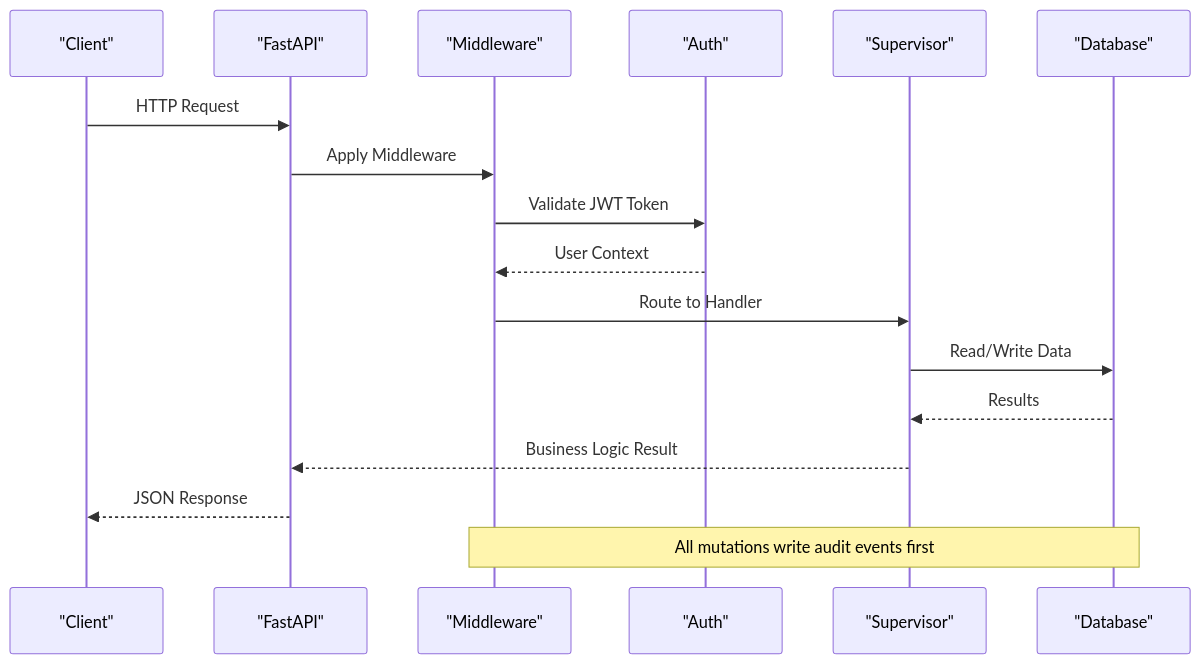
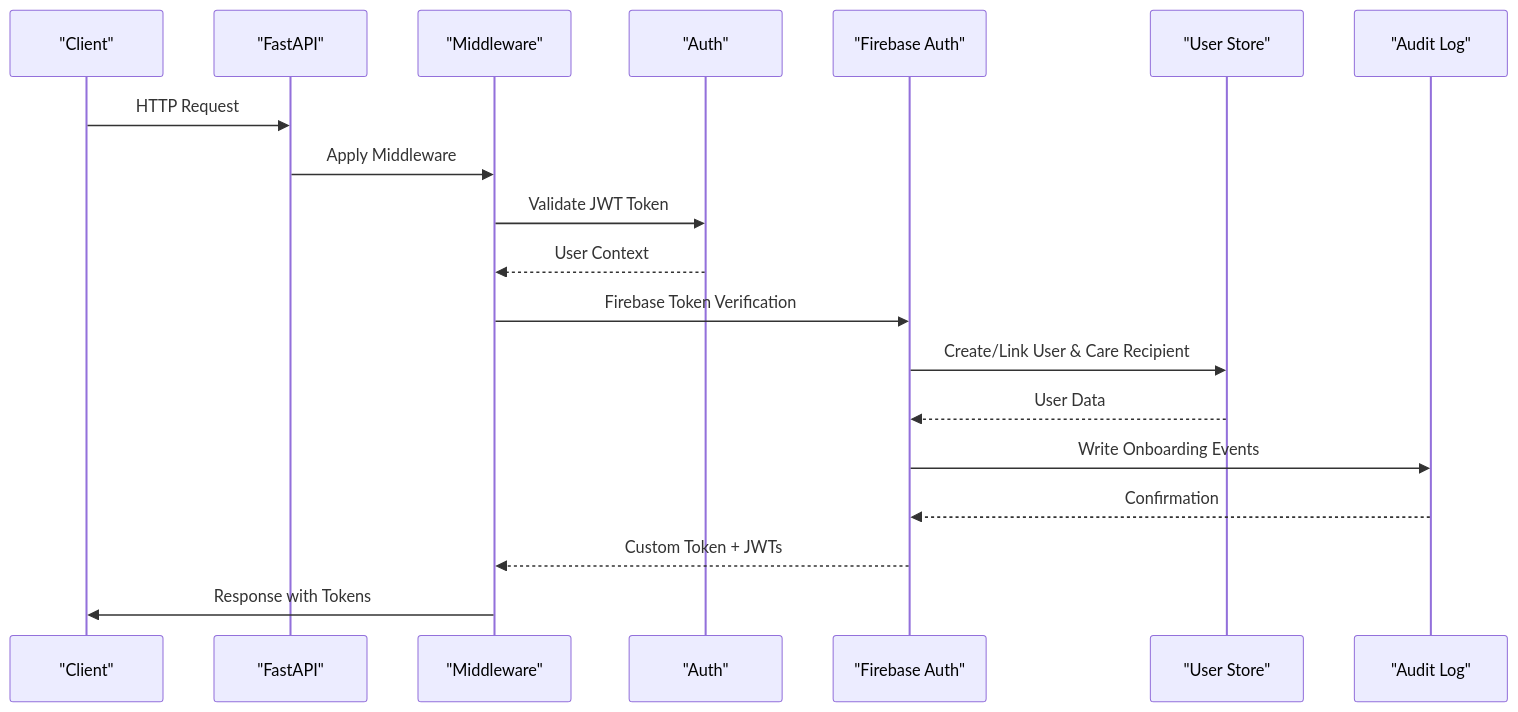
The second of 2 diagrams in .qoder/repowiki/en/content/API Reference/API Reference.md (infamous-rebel/CareBridge), drawn with Mermaid before and after one commit. The commit also changed other lines of this file and 6 other files, not shown here.

Commit message:
Fix: empty-list handling for appointments + correct boolean schema for medications

````diff
--- a/.qoder/repowiki/en/content/API Reference/API Reference.md
+++ b/.qoder/repowiki/en/content/API Reference/API Reference.md
@@ -132,19 +138,21 @@
 ```mermaid
 sequenceDiagram
 participant C as "Client"
 participant F as "FastAPI"
 participant M as "Middleware"
 participant A as "Auth"
-participant S as "Supervisor"
-participant D as "Database"
+participant FA as "Firebase Auth"
+participant US as "User Store"
+participant AU as "Audit Log"
 C->>F : HTTP Request
 F->>M : Apply Middleware
 M->>A : Validate JWT Token
 A-->>M : User Context
-M->>S : Route to Handler
-S->>D : Read/Write Data
-D-->>S : Results
-S-->>F : Business Logic Result
-F-->>C : JSON Response
-Note over M,D : All mutations write audit events first
+M->>FA : Firebase Token Verification
+FA->>US : Create/Link User & Care Recipient
+US-->>FA : User Data
+FA->>AU : Write Onboarding Events
+AU-->>FA : Confirmation
+FA-->>M : Custom Token + JWTs
+M->>C : Response with Tokens
 ```
````
